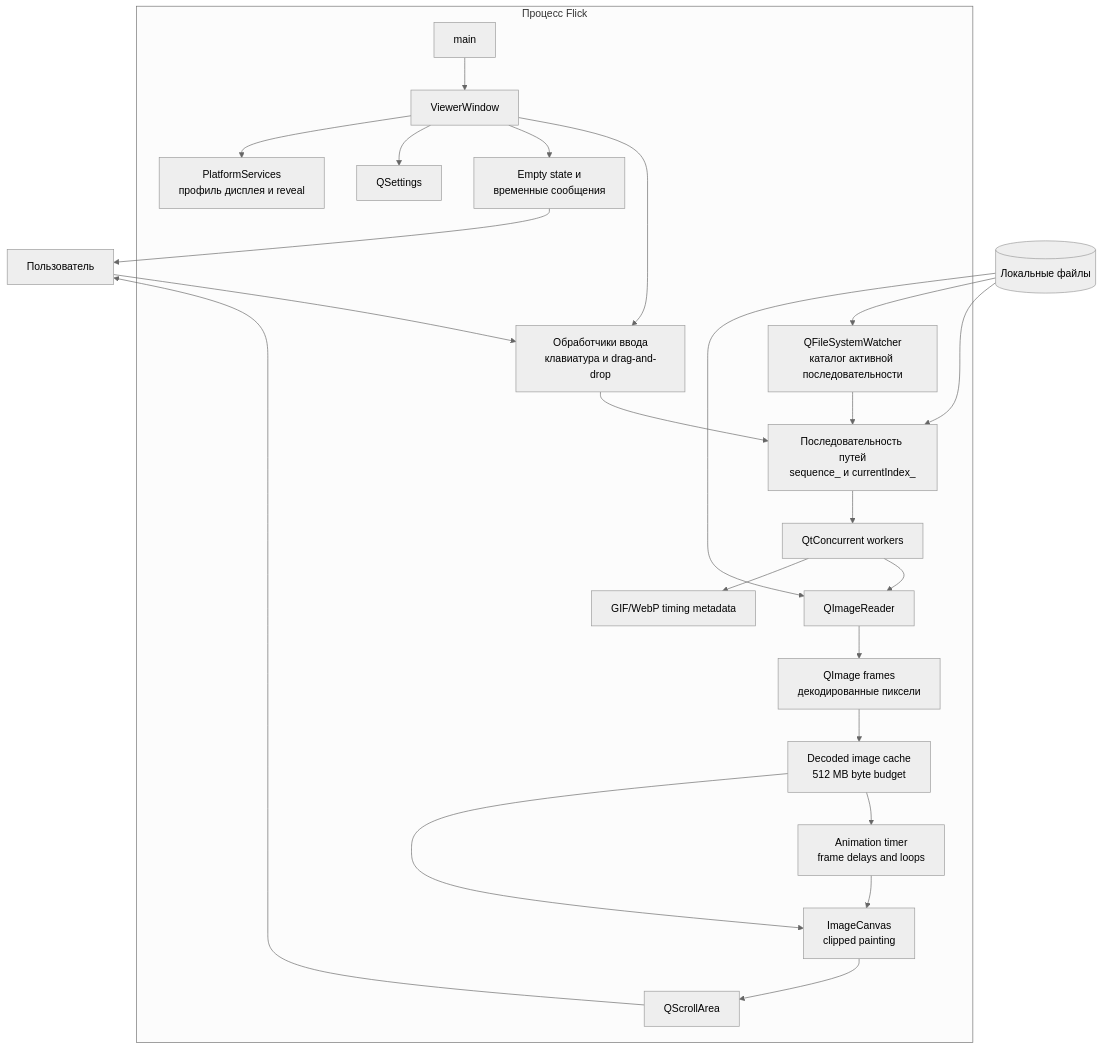
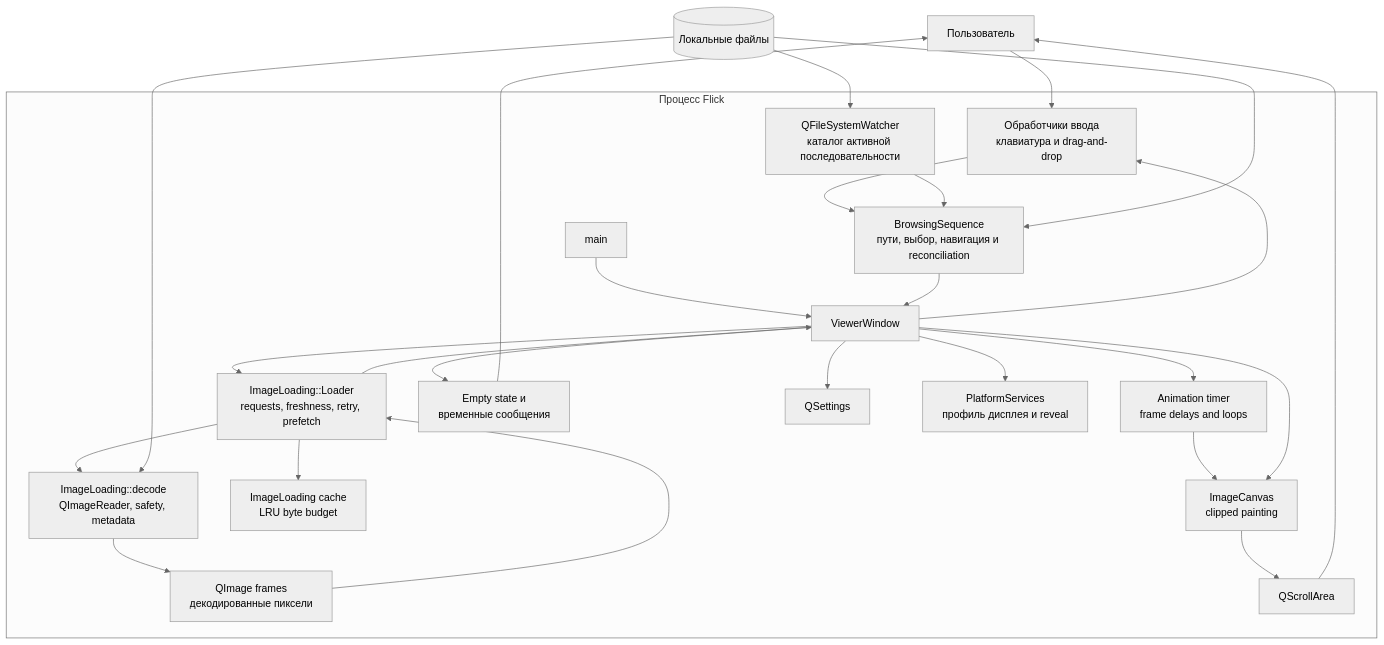
Before and after one commit to Lannselot/Flick: the first of 4 diagrams in docs/architecture.md, drawn with Mermaid (neutral theme). The commit also changed other lines of this file and 62 other files, not shown here.

````diff
--- a/docs/architecture.md
+++ b/docs/architecture.md
@@ -8,47 +9,48 @@
 ```mermaid
 flowchart TB
     User[Пользователь]
 
     subgraph Flick[Процесс Flick]
         Main[main]
         Window[ViewerWindow]
         Input[Обработчики ввода<br/>клавиатура и drag-and-drop]
-        Sequence[Последовательность путей<br/>sequence_ и currentIndex_]
+        Sequence[BrowsingSequence<br/>пути, выбор, навигация и reconciliation]
         Watcher[QFileSystemWatcher<br/>каталог активной последовательности]
-        Workers[QtConcurrent workers]
-        Reader[QImageReader]
-        Metadata[GIF/WebP timing metadata]
-        Cache[Decoded image cache<br/>512 MB byte budget]
+        Loading[ImageLoading::Loader<br/>requests, freshness, retry, prefetch]
+        Decode[ImageLoading::decode<br/>QImageReader, safety, metadata]
+        Cache[ImageLoading cache<br/>LRU byte budget]
         Image[QImage frames<br/>декодированные пиксели]
         Animation[Animation timer<br/>frame delays and loops]
         Canvas[ImageCanvas<br/>clipped painting]
         Viewport[QScrollArea]
         Feedback[Empty state и<br/>временные сообщения]
         Settings[QSettings]
         Platform[PlatformServices<br/>профиль дисплея и reveal]
 
         Main --> Window
         Window --> Input
         Input --> Sequence
         Watcher --> Sequence
-        Sequence --> Workers
-        Workers --> Reader
-        Workers --> Metadata
-        Reader --> Image
-        Image --> Cache
-        Cache --> Animation
+        Window --> Loading
+        Sequence --> Window
+        Loading --> Decode
+        Decode --> Image
+        Image --> Loading
+        Loading --> Cache
+        Loading --> Window
+        Window --> Animation
         Animation --> Canvas
-        Cache --> Canvas
+        Window --> Canvas
         Canvas --> Viewport
         Window --> Feedback
         Window --> Settings
         Window --> Platform
     end
 
     Files[(Локальные файлы)] --> Sequence
     Files --> Watcher
-    Files --> Reader
+    Files --> Decode
     User --> Input
     Viewport --> User
     Feedback --> User
 ```
````
